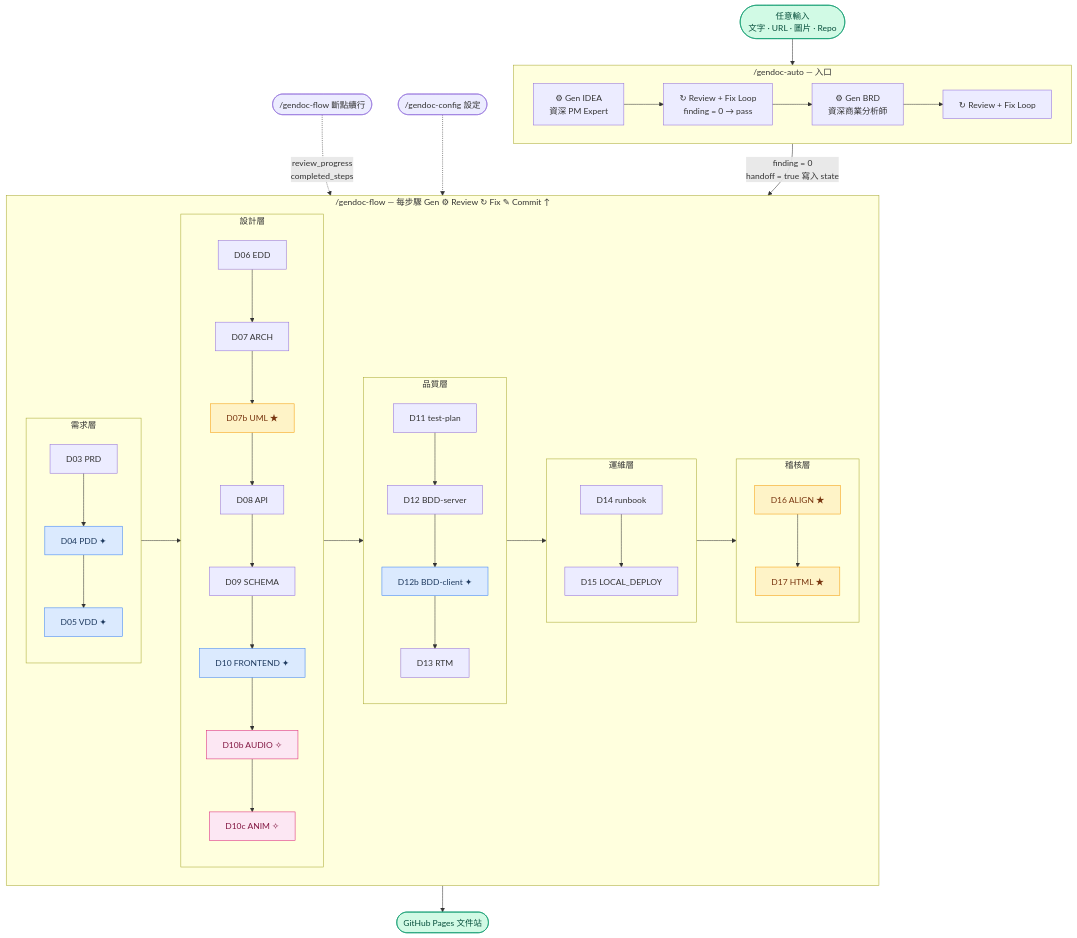
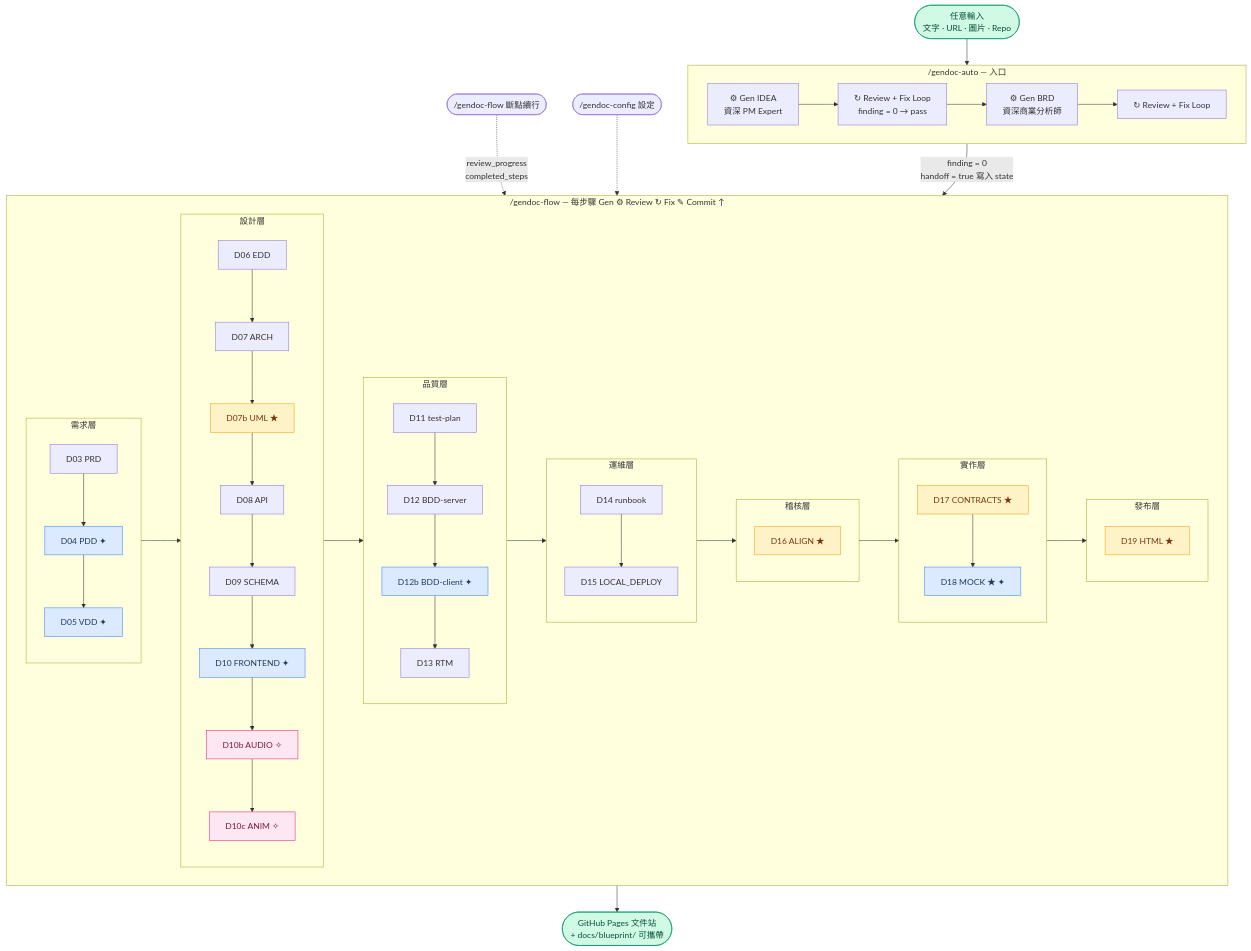
One commit to ibalasite/gendoc changed the first of 2 diagrams in README.md. Above: the diagram before and after it, drawn with Mermaid. The commit also changed other lines of this file and 4 other files, not shown here.

First line of the commit message:
docs(gendoc): v2.1 — D17-CONTRACTS + D18-MOCK pipeline restructure

````diff
--- a/README.md
+++ b/README.md
@@ -144,40 +152,47 @@
 ```mermaid
 flowchart TD
     INPUT([任意輸入\n文字 · URL · 圖片 · Repo]) --> AUTO
     subgraph AUTO["/gendoc-auto — 入口"]
         direction LR
         G1["⚙ Gen IDEA\n資深 PM Expert"] --> R1["↻ Review + Fix Loop\nfinding = 0 → pass"]
         R1 --> G2["⚙ Gen BRD\n資深商業分析師"]
         G2 --> R2["↻ Review + Fix Loop"]
     end
     R2 -->|"finding = 0\nhandoff = true 寫入 state"| FLOW
     subgraph FLOW["/gendoc-flow — 每步驟 Gen ⚙ Review ↻ Fix ✎ Commit ↑"]
         subgraph REQ["需求層"]
             D03["D03 PRD"] --> D04["D04 PDD ✦"] --> D05["D05 VDD ✦"]
         end
         subgraph DES["設計層"]
             D06["D06 EDD"] --> D07["D07 ARCH"] --> D07b["D07b UML ★"] --> D08["D08 API"] --> D09["D09 SCHEMA"] --> D10["D10 FRONTEND ✦"] --> D10b["D10b AUDIO ✧"] --> D10c["D10c ANIM ✧"]
         end
         subgraph QA["品質層"]
             D11["D11 test-plan"] --> D12["D12 BDD-server"] --> D12b["D12b BDD-client ✦"] --> D13["D13 RTM"]
         end
         subgraph OPS["運維層"]
             D14["D14 runbook"] --> D15["D15 LOCAL_DEPLOY"]
         end
         subgraph AUDIT["稽核層"]
-            D16["D16 ALIGN ★"] --> D17["D17 HTML ★"]
+            D16["D16 ALIGN ★"]
         end
-        REQ --> DES --> QA --> OPS --> AUDIT
+        subgraph IMPL["實作層"]
+            D17["D17 CONTRACTS ★"] --> D18["D18 MOCK ★ ✦"]
+        end
+        subgraph PUB["發布層"]
+            D19["D19 HTML ★"]
+        end
+        REQ --> DES --> QA --> OPS --> AUDIT --> IMPL --> PUB
     end
-    FLOW --> DONE([GitHub Pages 文件站])
+    FLOW --> DONE([GitHub Pages 文件站\n+ docs/blueprint/ 可攜帶])
     RESUME(["/gendoc-flow 斷點續行"]) -.->|"review_progress\ncompleted_steps"| FLOW
     CONFIG(["/gendoc-config 設定"]) -.-> FLOW
     classDef condNode fill:#dbeafe,stroke:#3b82f6,color:#1e3a5f
     classDef gameNode fill:#fce7f3,stroke:#db2777,color:#831843
     classDef specNode fill:#fef3c7,stroke:#f59e0b,color:#78350f
     classDef ioNode fill:#d1fae5,stroke:#059669,color:#064e3b
     class D04,D05,D10,D12b condNode
     class D10b,D10c gameNode
-    class D07b,D16,D17 specNode
+    class D07b,D16,D17,D18,D19 specNode
+    class D18 condNode
     class INPUT,DONE ioNode
 ```
````
